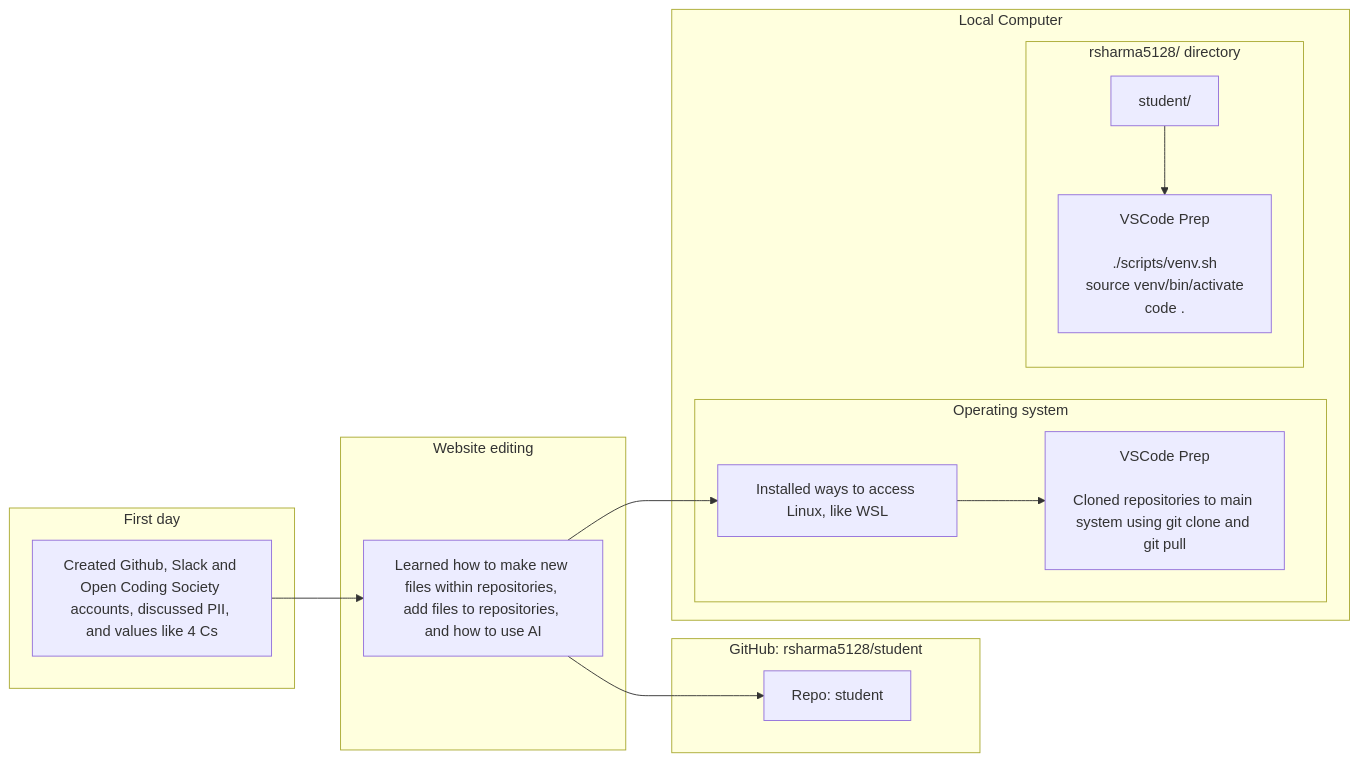
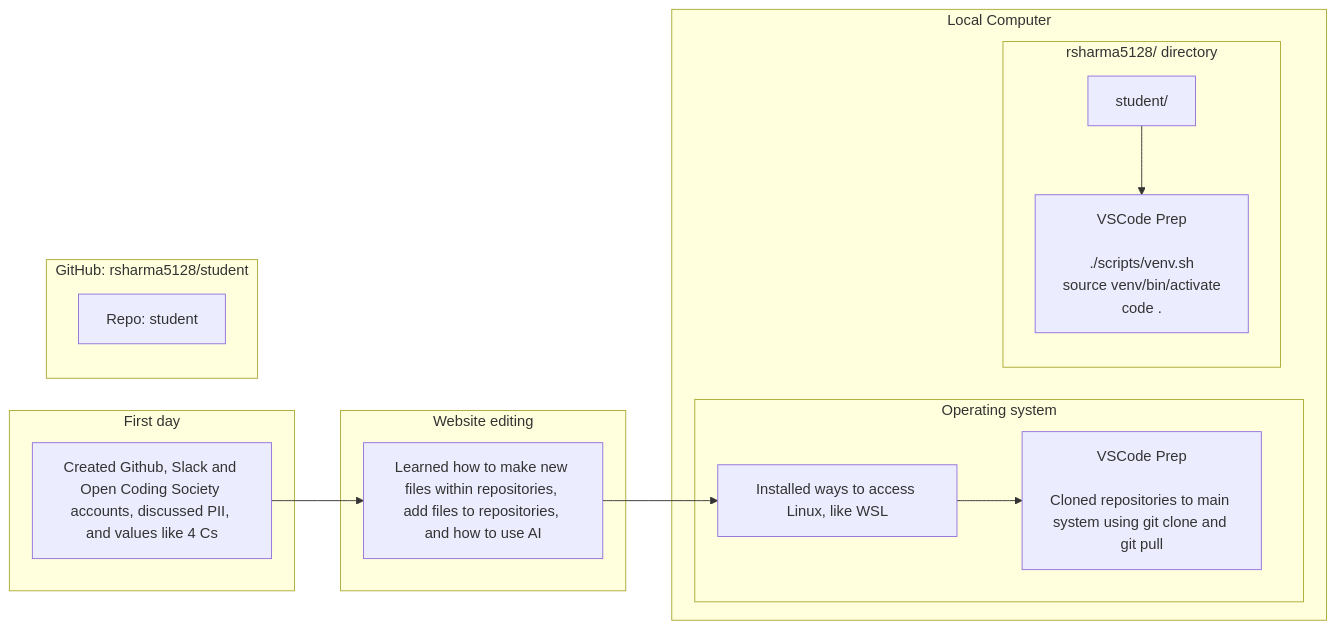
Before and after one commit to rsharma5128/student: the second of 2 diagrams in navigation/journey.md, drawn with Mermaid.

Commit message:
Removing arrows

````diff
--- a/navigation/journey.md
+++ b/navigation/journey.md
@@ -59,39 +59,37 @@
 ```mermaid
 flowchart LR
     %% GitHub Sources
     subgraph GitHub_Pages[First day]
         A[Created Github, Slack and Open Coding Society accounts, discussed PII, and values like 4 Cs]:::repo
     end
 
     subgraph GitHub_Template[Website editing]
         T[Learned how to make new files within repositories, add files to repositories, and how to use AI]:::repo
     end
 
     subgraph GitHub_Student[GitHub: rsharma5128/student]
         B[Repo: student]:::repo
     end
 
     %% Operating system
     subgraph Local[Local Computer]
         subgraph opencs_dir[Operating system]
             C[Installed ways to access Linux, like WSL]:::local
             Ccmd[VSCode Prep<br/><br/>Cloned repositories to main system using git clone and git pull]:::cmd
         end
         subgraph user_dir[rsharma5128/ directory]
             D[student/]:::local
             Dcmd[VSCode Prep<br/><br/>./scripts/venv.sh<br/>source venv/bin/activate<br/>code .]:::cmd
         end
     end
 
     %% Arrows: cloning
     A --> T
     T --> C
 
-    %% Arrows: template relationship
-    T --> B
 
     %% Arrows: commands
     C --> Ccmd
     D --> Dcmd
 
 ```
````
